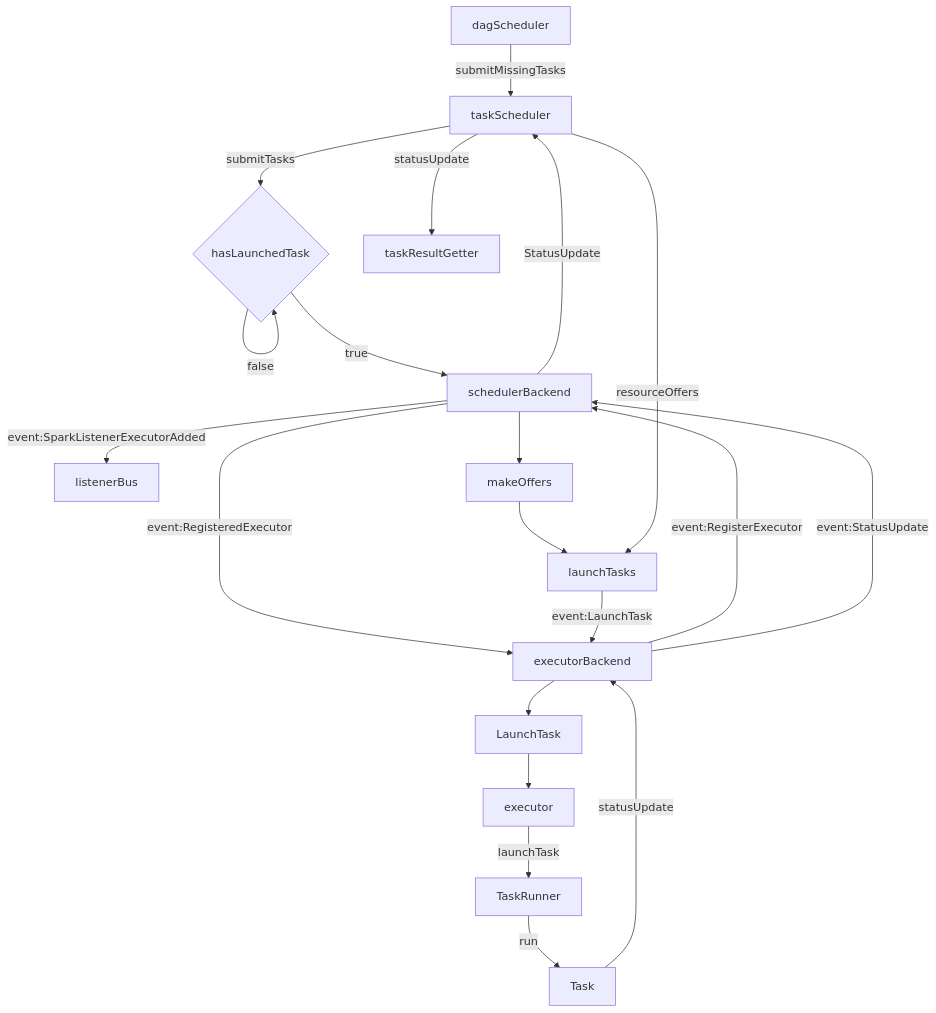
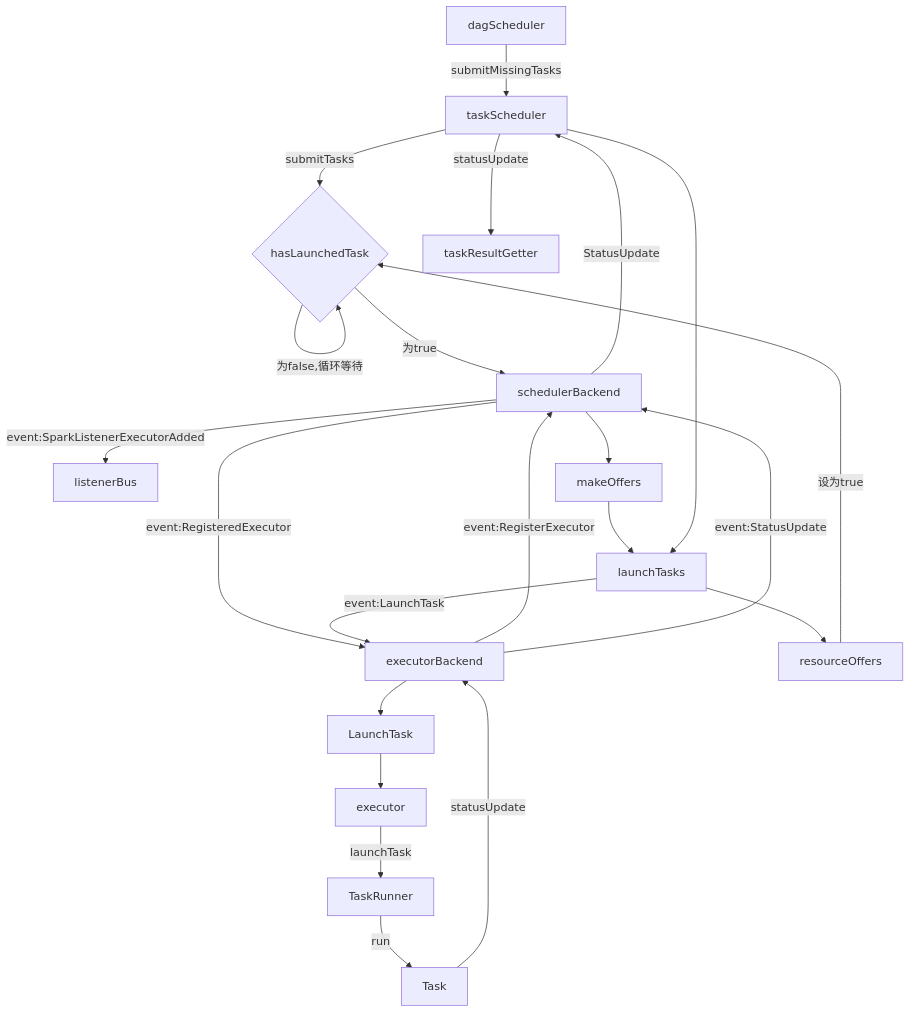
The second of 2 diagrams in _posts/2018-3-5-spark-源码分析-任务分发与执行流程.md (mzl9039/mzl9039.github.io), drawn with Mermaid before and after one commit.

```diff
--- a/_posts/2018-3-5-spark-源码分析-任务分发与执行流程.md
+++ b/_posts/2018-3-5-spark-源码分析-任务分发与执行流程.md
@@ -37,22 +37,24 @@
 <div class="mermaid">
 graph TD
     dagScheduler-->|submitMissingTasks|taskScheduler
     taskScheduler-->|submitTasks|hasLaunchedTask{hasLaunchedTask}
-    hasLaunchedTask-->|true|schedulerBackend
-    hasLaunchedTask-->|false|hasLaunchedTask
+    hasLaunchedTask-->|为true|schedulerBackend
+    hasLaunchedTask-->|为false,循环等待|hasLaunchedTask
     executorBackend-->|event:RegisterExecutor|schedulerBackend
     schedulerBackend-->|event:RegisteredExecutor|executorBackend
     schedulerBackend-->|event:SparkListenerExecutorAdded|listenerBus
     schedulerBackend-->makeOffers
     makeOffers-->launchTasks
-    taskScheduler-->|resourceOffers|launchTasks
+    taskScheduler-->launchTasks
+    launchTasks-->resourceOffers
+    resourceOffers-->|设为true|hasLaunchedTask
     launchTasks-->|event:LaunchTask|executorBackend
     executorBackend-->LaunchTask
     LaunchTask-->executor
     executor-->|launchTask|TaskRunner
     TaskRunner-->|run|Task
     Task-->|statusUpdate|executorBackend
     executorBackend-->|event:StatusUpdate|schedulerBackend
     schedulerBackend-->|StatusUpdate|taskScheduler
     taskScheduler-->|statusUpdate|taskResultGetter
 </div>
```
